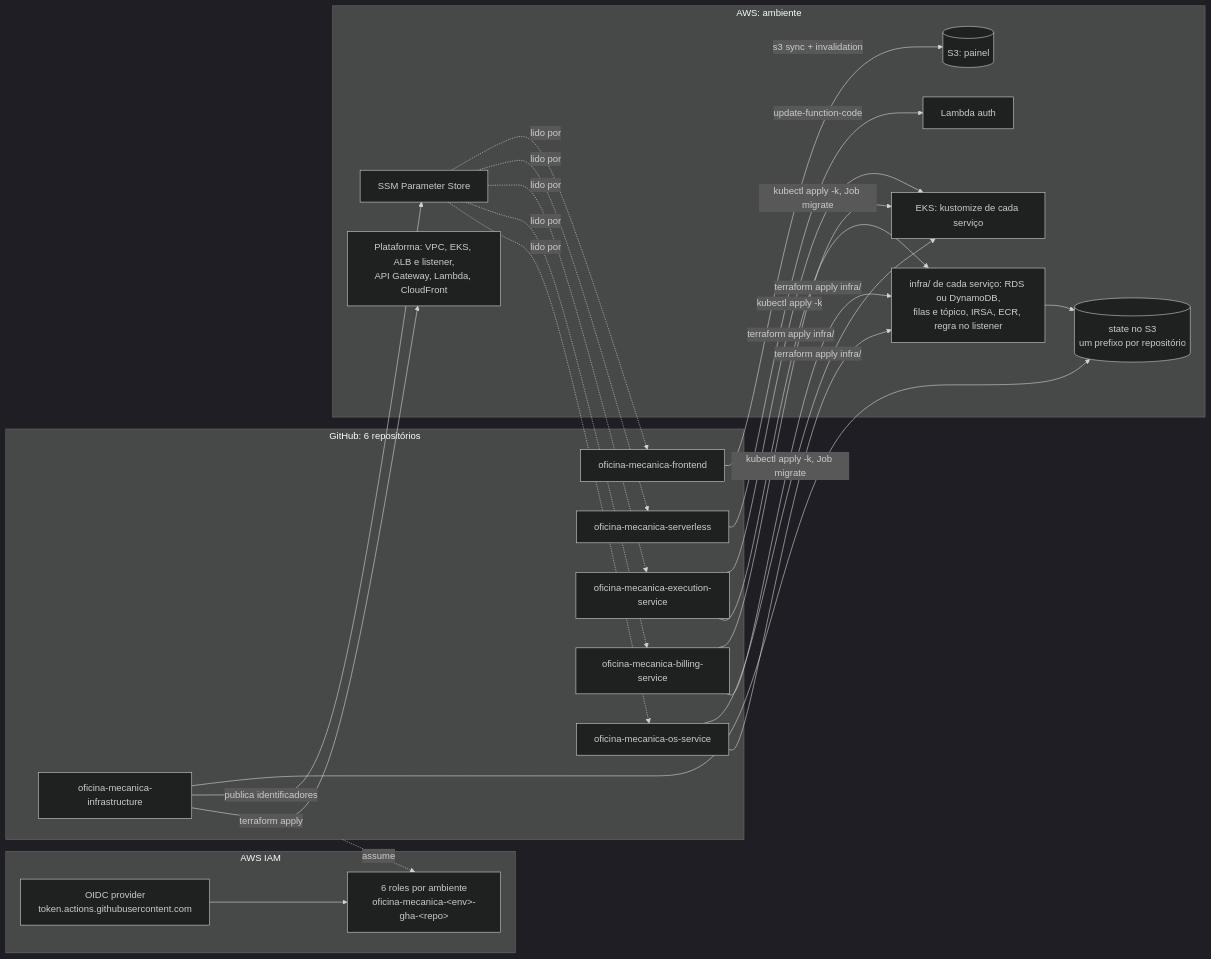
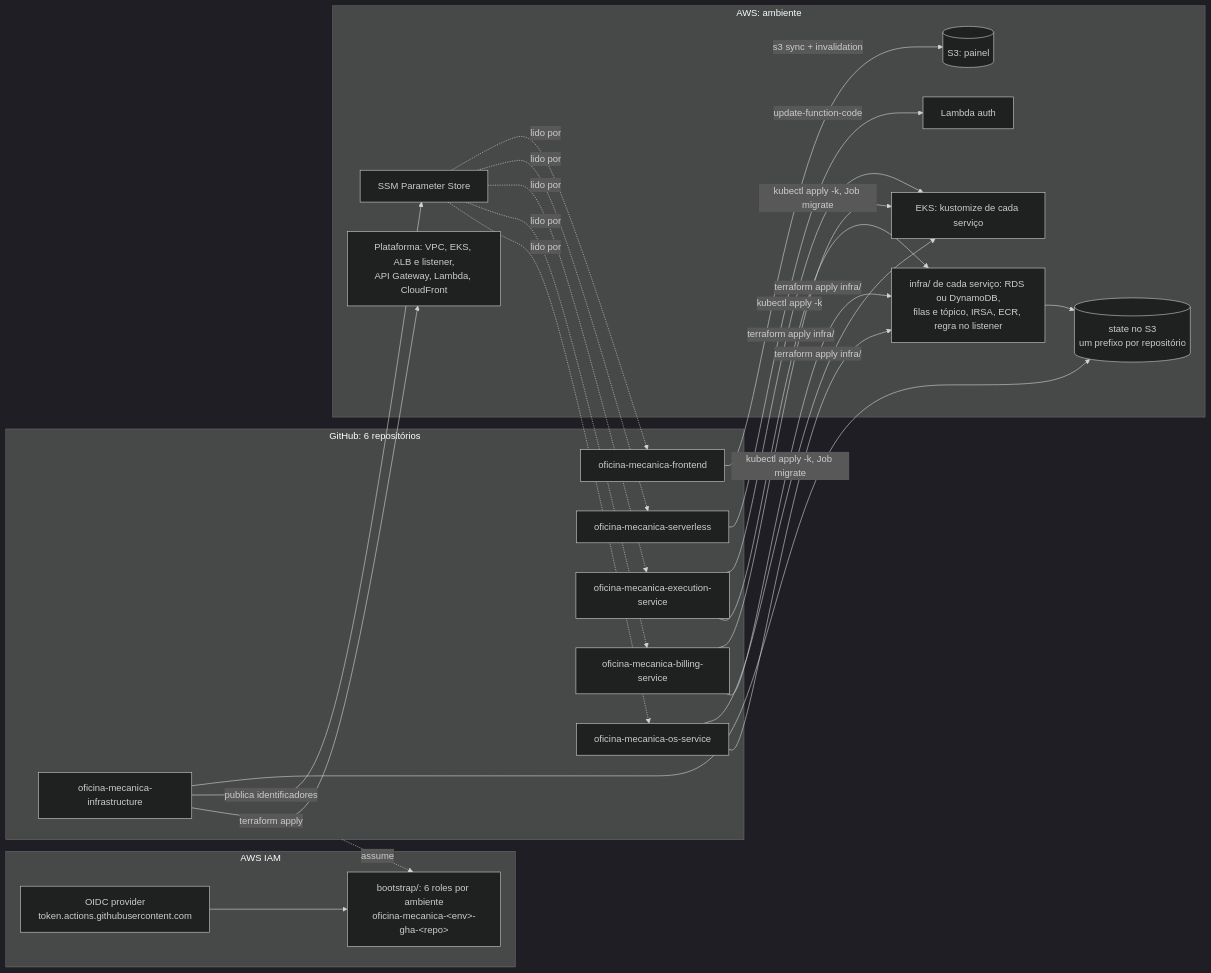
Before and after one commit to SOAT-15-Oficina/oficina-mecanica-infrastructure: the first of 3 diagrams in docs/diagramas/implantacao.md, drawn with Mermaid (dark theme). The commit also changed other lines of this file and 2 other files, not shown here.

````diff
--- a/docs/diagramas/implantacao.md
+++ b/docs/diagramas/implantacao.md
@@ -10,48 +10,48 @@
 ```mermaid
 flowchart LR
     subgraph gh [GitHub: 6 repositórios]
         R1[oficina-mecanica-infrastructure]
         RO[oficina-mecanica-os-service]
         RB[oficina-mecanica-billing-service]
         RE[oficina-mecanica-execution-service]
         R3[oficina-mecanica-serverless]
         R4[oficina-mecanica-frontend]
     end
 
     subgraph iam [AWS IAM]
         OIDC[OIDC provider<br/>token.actions.githubusercontent.com]
-        RL["6 roles por ambiente<br/>oficina-mecanica-&lt;env&gt;-gha-&lt;repo&gt;"]
+        RL["bootstrap/: 6 roles por ambiente<br/>oficina-mecanica-&lt;env&gt;-gha-&lt;repo&gt;"]
     end
 
     subgraph runtime [AWS: ambiente]
         TF[(state no S3<br/>um prefixo por repositório)]
         PLAT[Plataforma: VPC, EKS, ALB e listener,<br/>API Gateway, Lambda, CloudFront]
         SVC[infra/ de cada serviço: RDS ou DynamoDB,<br/>filas e tópico, IRSA, ECR, regra no listener]
         EKS[EKS: kustomize de cada serviço]
         LMB[Lambda auth]
         S3F[(S3: painel)]
         SSMP[SSM Parameter Store]
     end
 
     R1 -->|terraform apply| PLAT
     R1 -->|publica identificadores| SSMP
     RO -->|terraform apply infra/| SVC
     RB -->|terraform apply infra/| SVC
     RE -->|terraform apply infra/| SVC
     RO -->|kubectl apply -k, Job migrate| EKS
     RB -->|kubectl apply -k, Job migrate| EKS
     RE -->|kubectl apply -k| EKS
     R3 -->|update-function-code| LMB
     R4 -->|s3 sync + invalidation| S3F
     R1 --> TF
     SVC --> TF
 
     SSMP -.lido por.-> RO
     SSMP -.lido por.-> RB
     SSMP -.lido por.-> RE
     SSMP -.lido por.-> R3
     SSMP -.lido por.-> R4
 
     OIDC --> RL
     gh -.assume.-> RL
 ```
````
